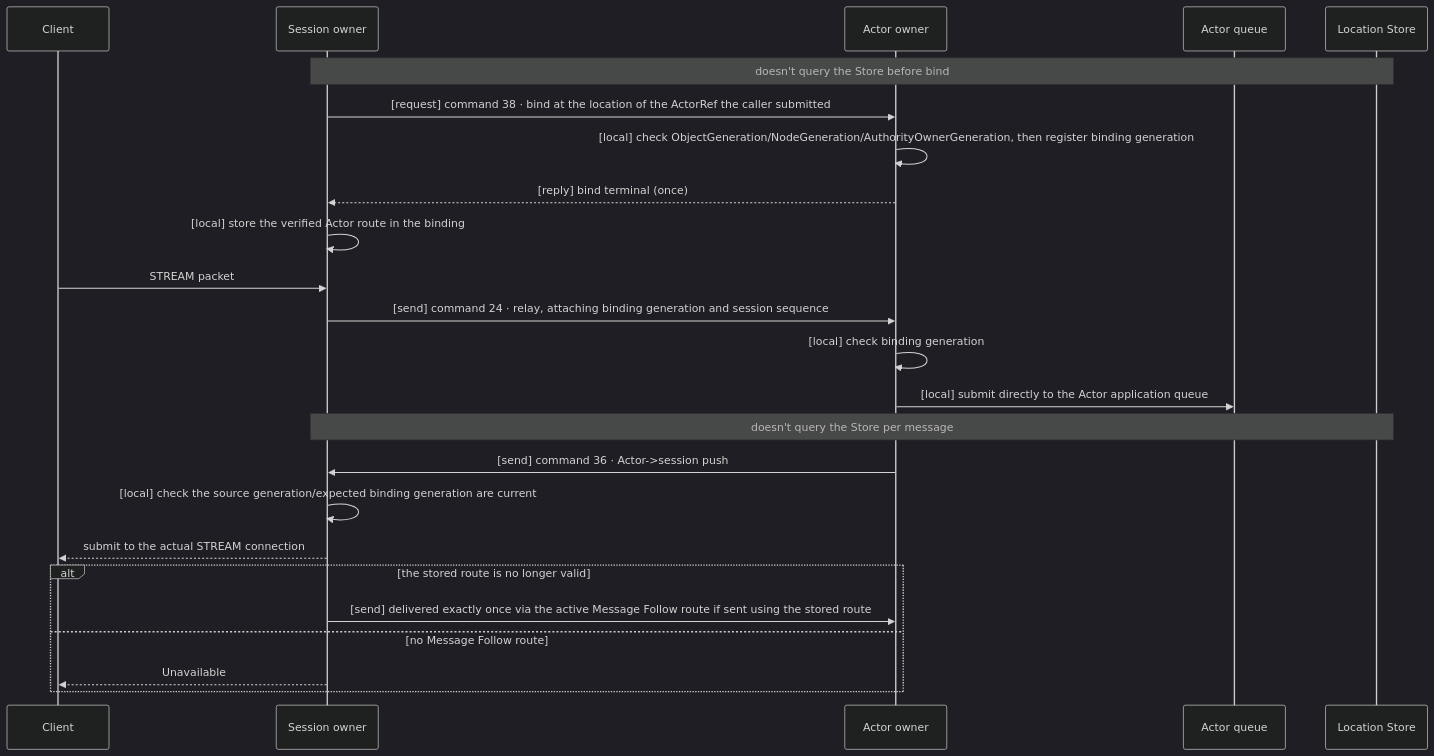
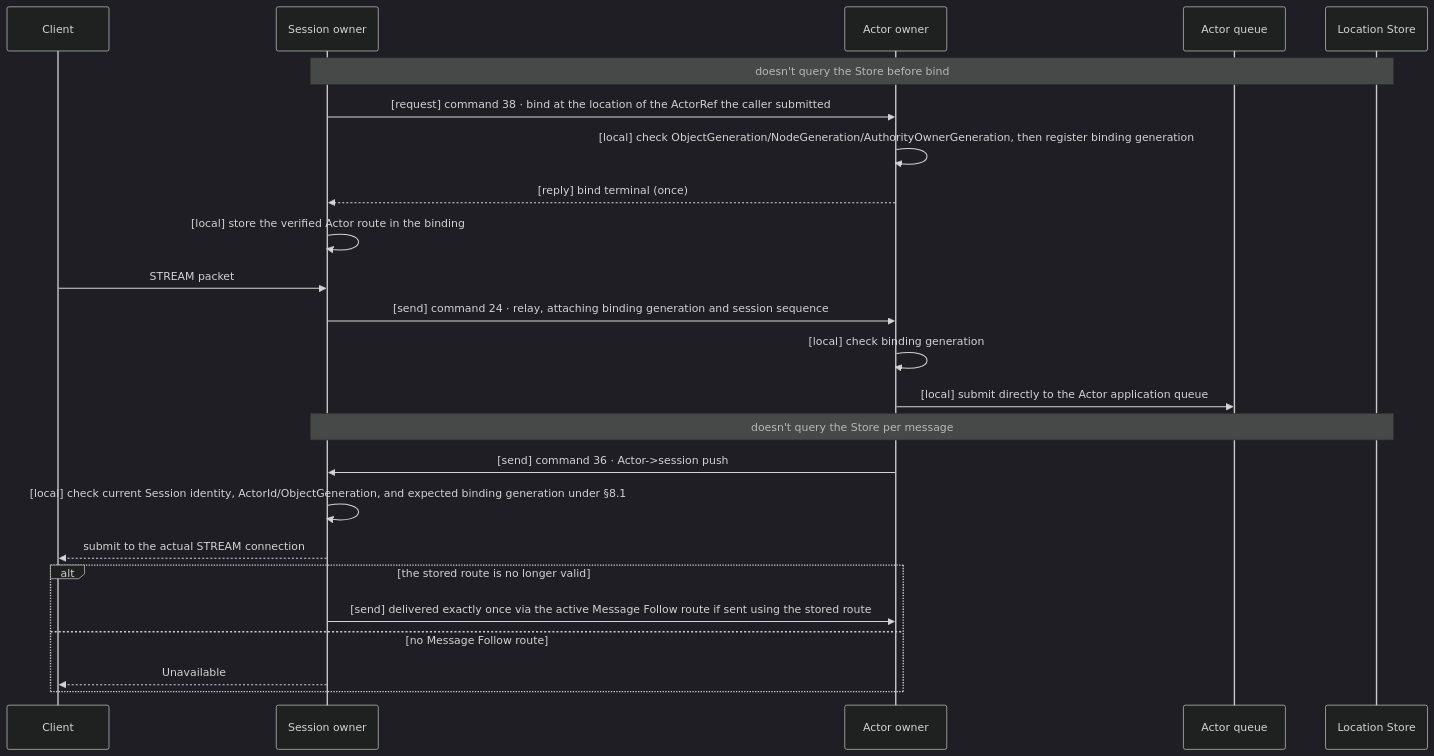
One commit to zlink-systems/zlink changed the first of 4 diagrams in framework/doc/framework/common/spec/server/04-session/02-session-actor-binding.en.md. Above: the diagram before and after it, drawn with Mermaid (dark theme). The commit also changed other lines of this file and 73 other files, not shown here.

````diff
--- a/framework/doc/framework/common/spec/server/04-session/02-session-actor-binding.en.md
+++ b/framework/doc/framework/common/spec/server/04-session/02-session-actor-binding.en.md
@@ -302,30 +300,30 @@
 ```mermaid
 sequenceDiagram
     participant C as Client
     participant S as Session owner
     participant A as Actor owner
     participant Q as Actor queue
     participant L as Location Store
 
     Note over S,L: doesn't query the Store before bind
     S->>A: [request] command 38 · bind at the location of the ActorRef the caller submitted
     A->>A: [local] check ObjectGeneration/NodeGeneration/AuthorityOwnerGeneration, then register binding generation
     A-->>S: [reply] bind terminal (once)
     S->>S: [local] store the verified Actor route in the binding
 
     C->>S: STREAM packet
     S->>A: [send] command 24 · relay, attaching binding generation and session sequence
     A->>A: [local] check binding generation
     A->>Q: [local] submit directly to the Actor application queue
     Note over S,L: doesn't query the Store per message
 
     A->>S: [send] command 36 · Actor->session push
-    S->>S: [local] check the source generation/expected binding generation are current
+    S->>S: [local] check current Session identity, ActorId/ObjectGeneration, and expected binding generation under §8.1
     S-->>C: submit to the actual STREAM connection
 
     alt the stored route is no longer valid
         S->>A: [send] delivered exactly once via the active Message Follow route if sent using the stored route
     else no Message Follow route
         S-->>C: Unavailable
     end
 ```
````
